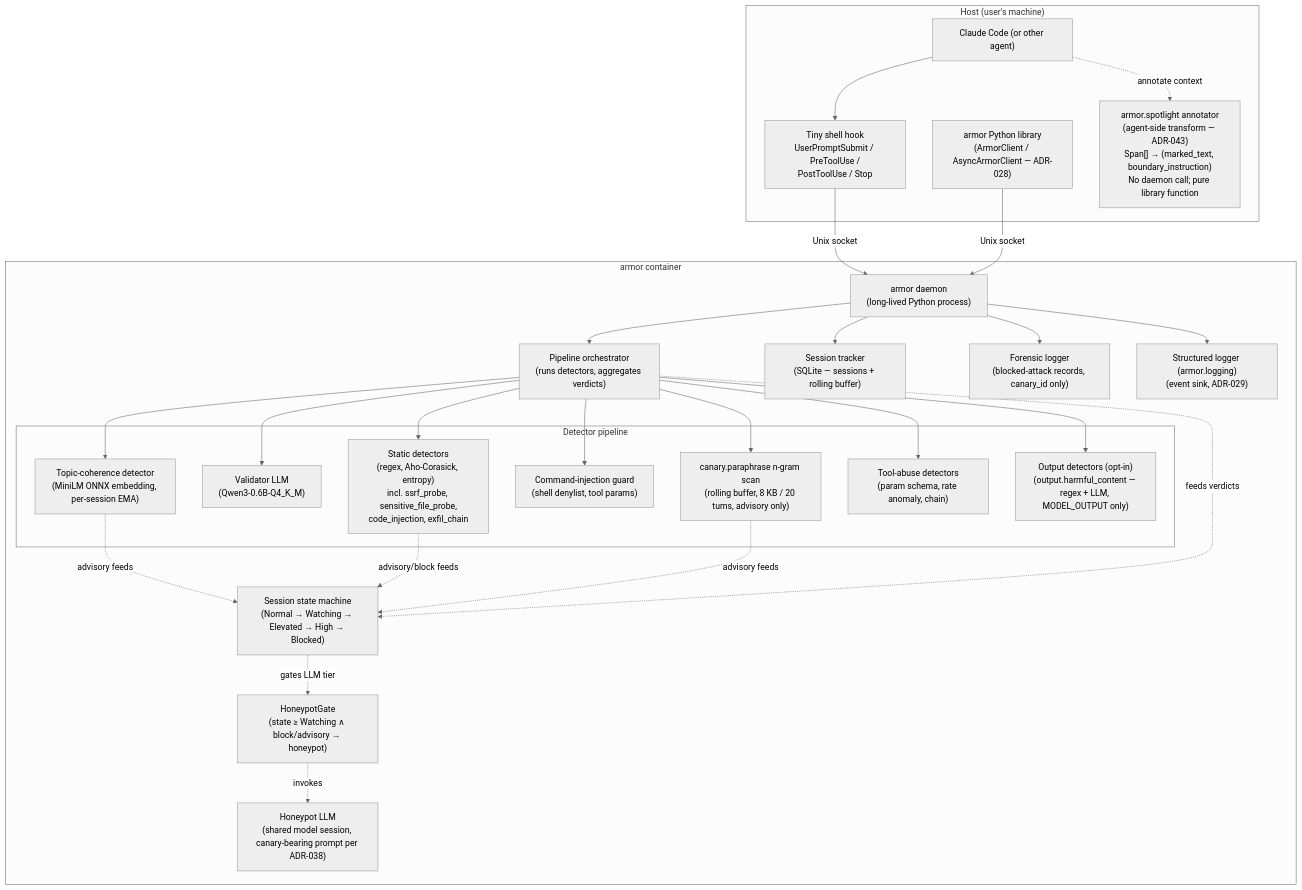
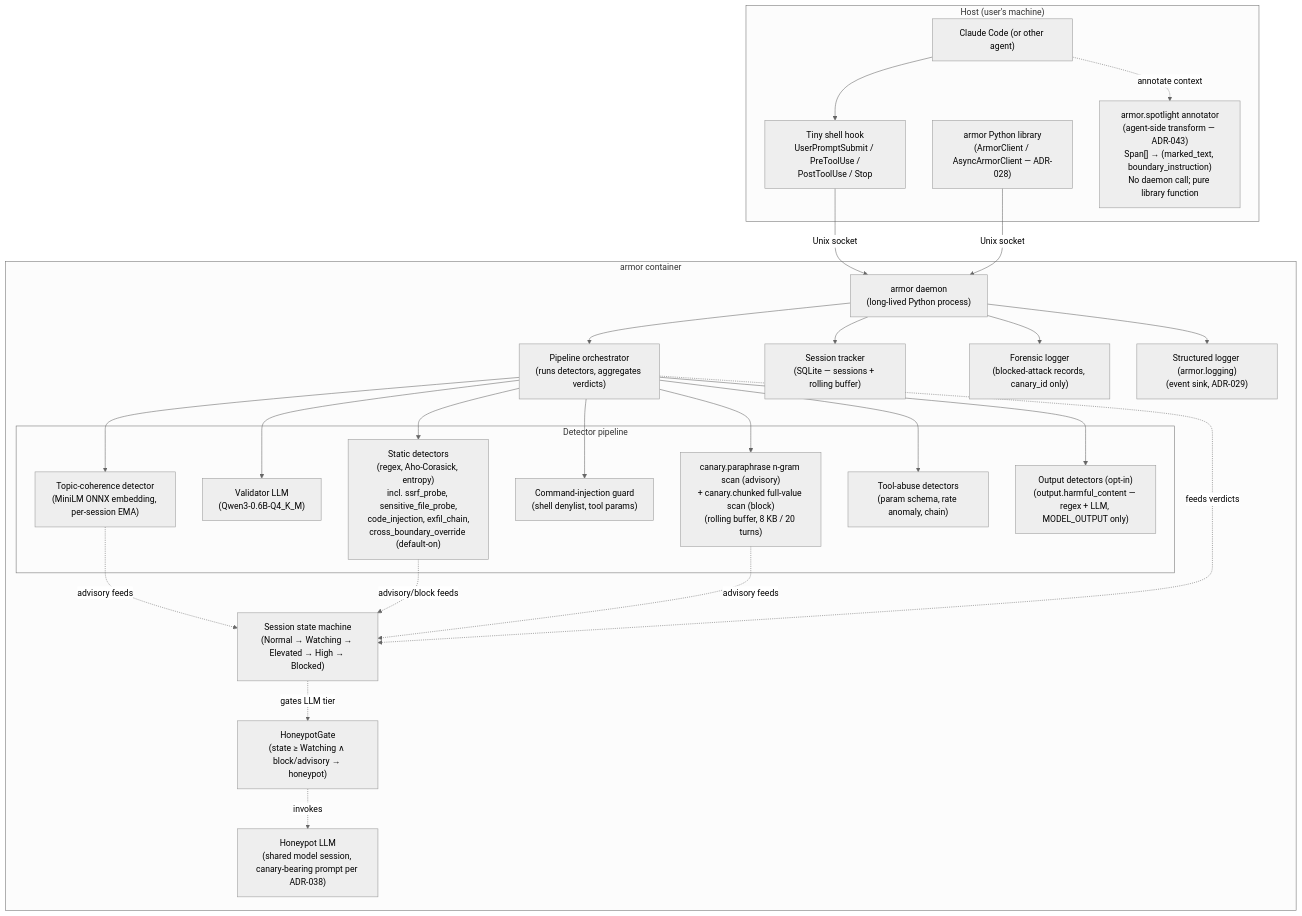
Before and after one commit to tkdtaylor/armor: the second of 9 diagrams in docs/architecture/diagrams.md, drawn with Mermaid (neutral theme). The commit also changed other lines of this file and 2 other files, not shown here.

First line of the commit message:
docs: fix drift — document canary.chunked + cross_boundary_override detectors [allow-main]

````diff
--- a/docs/architecture/diagrams.md
+++ b/docs/architecture/diagrams.md
@@ -60,55 +60,55 @@
 ```mermaid
 flowchart TB
     subgraph Host["Host (user's machine)"]
         CC["Claude Code (or other agent)"]
         Hook["Tiny shell hook<br/>UserPromptSubmit / PreToolUse /<br/>PostToolUse / Stop"]
         Lib["armor Python library<br/>(ArmorClient / AsyncArmorClient — ADR-028)"]
         Spotlight["armor.spotlight annotator<br/>(agent-side transform — ADR-043)<br/>Span[] → (marked_text, boundary_instruction)<br/>No daemon call; pure library function"]
     end
 
     subgraph Container["armor container"]
         Daemon["armor daemon<br/>(long-lived Python process)"]
 
         PipelineOrch["Pipeline orchestrator<br/>(runs detectors, aggregates verdicts)"]
 
         subgraph Detectors["Detector pipeline"]
-            Static["Static detectors<br/>(regex, Aho-Corasick, entropy)<br/>incl. ssrf_probe, sensitive_file_probe,<br/>code_injection, exfil_chain"]
+            Static["Static detectors<br/>(regex, Aho-Corasick, entropy)<br/>incl. ssrf_probe, sensitive_file_probe,<br/>code_injection, exfil_chain,<br/>cross_boundary_override (default-on)"]
             Validator["Validator LLM<br/>(Qwen3-0.6B-Q4_K_M)"]
             Topic["Topic-coherence detector<br/>(MiniLM ONNX embedding, per-session EMA)"]
             CmdGuard["Command-injection guard<br/>(shell denylist, tool params)"]
-            Rolling["canary.paraphrase n-gram scan<br/>(rolling buffer, 8 KB / 20 turns, advisory only)"]
+            Rolling["canary.paraphrase n-gram scan (advisory)<br/>+ canary.chunked full-value scan (block)<br/>(rolling buffer, 8 KB / 20 turns)"]
             ToolAbuse["Tool-abuse detectors<br/>(param schema, rate anomaly, chain)"]
             OutputOpt["Output detectors (opt-in)<br/>(output.harmful_content — regex + LLM, MODEL_OUTPUT only)"]
         end
 
         HoneypotGate["HoneypotGate<br/>(state ≥ Watching ∧ block/advisory → honeypot)"]
 
         FSM["Session state machine<br/>(Normal → Watching → Elevated → High → Blocked)"]
         Session["Session tracker<br/>(SQLite — sessions + rolling buffer)"]
         Forensic["Forensic logger<br/>(blocked-attack records, canary_id only)"]
         Honeypot["Honeypot LLM<br/>(shared model session, canary-bearing prompt per ADR-038)"]
         Logger["Structured logger (armor.logging)<br/>(event sink, ADR-029)"]
     end
 
     CC --> Hook
     CC -.annotate context.-> Spotlight
     Hook -->|Unix socket| Daemon
     Lib -->|Unix socket| Daemon
     Daemon --> PipelineOrch
     PipelineOrch --> Static
     PipelineOrch --> Validator
     PipelineOrch --> Topic
     PipelineOrch --> CmdGuard
     PipelineOrch --> Rolling
     PipelineOrch --> ToolAbuse
     PipelineOrch --> OutputOpt
     HoneypotGate -.invokes.-> Honeypot
     Topic -.advisory feeds.-> FSM
     Static -.advisory/block feeds.-> FSM
     Rolling -.advisory feeds.-> FSM
     FSM -.gates LLM tier.-> HoneypotGate
     Daemon --> Session
     Daemon --> Forensic
     Daemon --> Logger
     PipelineOrch -.feeds verdicts.-> FSM
 ```
````
